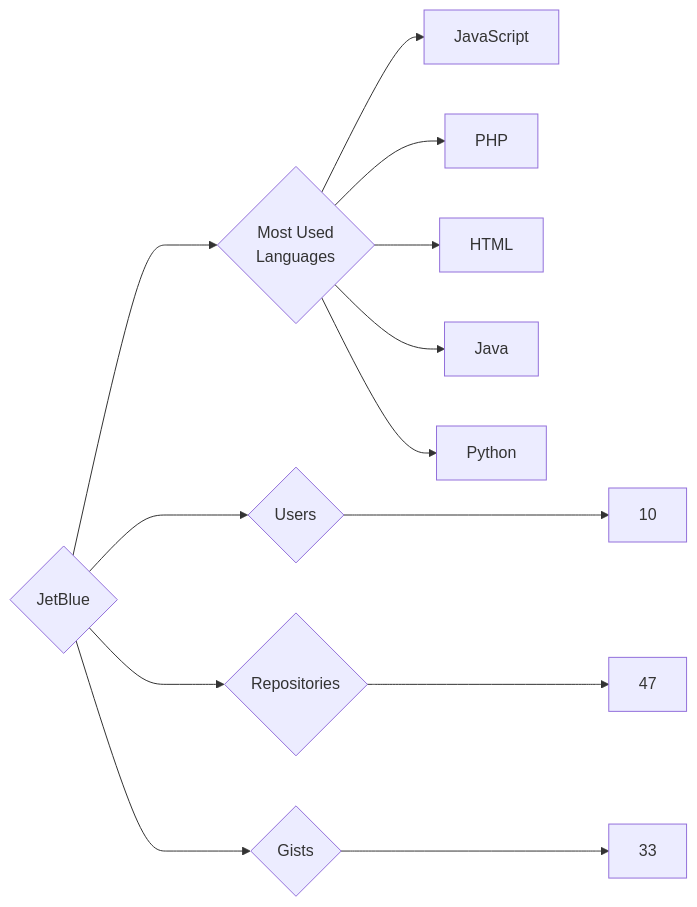
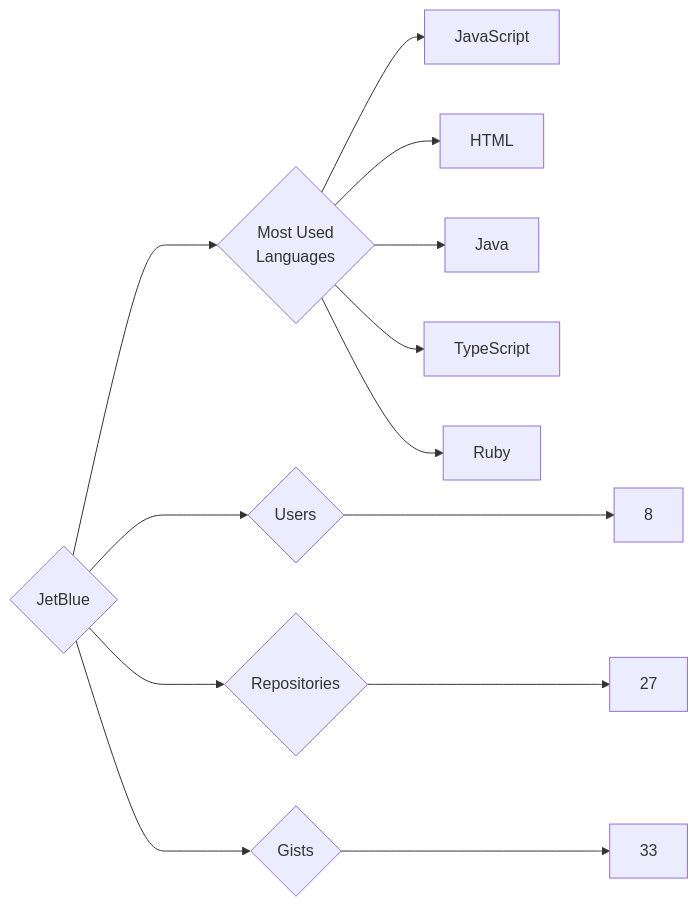
The diagram in targets/JetBlue/README.md (trickest/insiders), drawn with Mermaid before and after one commit. The commit also changed 1195 other files, not shown here.

````diff
--- a/targets/JetBlue/README.md
+++ b/targets/JetBlue/README.md
@@ -3,13 +3,13 @@
 ```mermaid
 graph LR
 COMPANY_NAME{JetBlue}
-COMPANY_NAME ---> U{Users} ---> UN[10]
-COMPANY_NAME ---> R{Repositories} ---> RN[47]
+COMPANY_NAME ---> U{Users} ---> UN[8]
+COMPANY_NAME ---> R{Repositories} ---> RN[27]
 COMPANY_NAME ---> G{Gists} ---> GN[33]
 COMPANY_NAME ---> ML{Most Used<br>Languages}
 ML --> JavaScript[JavaScript]
-ML --> PHP[PHP]
 ML --> HTML[HTML]
 ML --> Java[Java]
-ML --> Python[Python]
+ML --> TypeScript[TypeScript]
+ML --> Ruby[Ruby]
 ```
````
